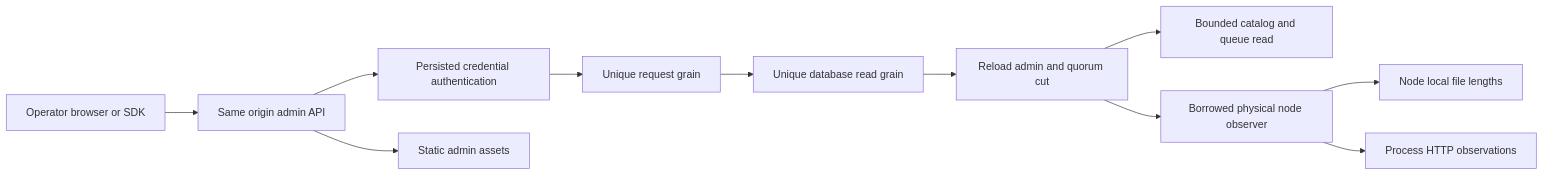
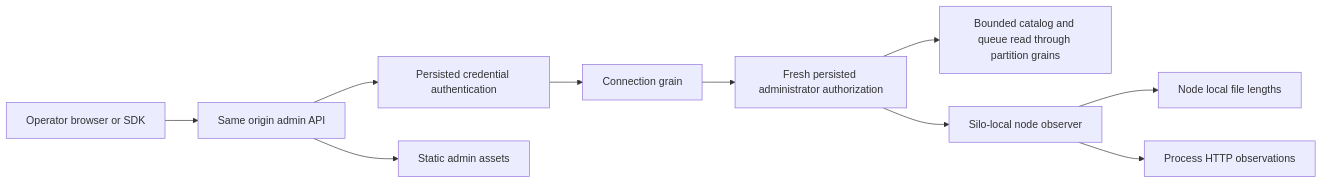
One commit to managedcode/KeyLoad changed the diagram in docs/Features/AdminDashboard.md. Above: the diagram before and after it, drawn with Mermaid. The commit also changed other lines of this file and 7356 other files, not shown here.

````diff
--- a/docs/Features/AdminDashboard.md
+++ b/docs/Features/AdminDashboard.md
@@ -25,13 +23,12 @@
 ```mermaid
 flowchart LR
     Operator[Operator browser or SDK] --> API[Same origin admin API]
     API --> Auth[Persisted credential authentication]
-    Auth --> Request[Unique request grain]
-    Request --> Read[Unique database read grain]
-    Read --> Authority[Reload admin and quorum cut]
-    Authority --> Catalog[Bounded catalog and queue read]
-    Authority --> Node[Borrowed physical node observer]
+    Auth --> Conn[Connection grain]
+    Conn --> Authority[Fresh persisted administrator authorization]
+    Authority --> Catalog[Bounded catalog and queue read through partition grains]
+    Authority --> Node[Silo-local node observer]
     Node --> Files[Node local file lengths]
     Node --> Counters[Process HTTP observations]
     API --> Console[Static admin assets]
 ```
````
